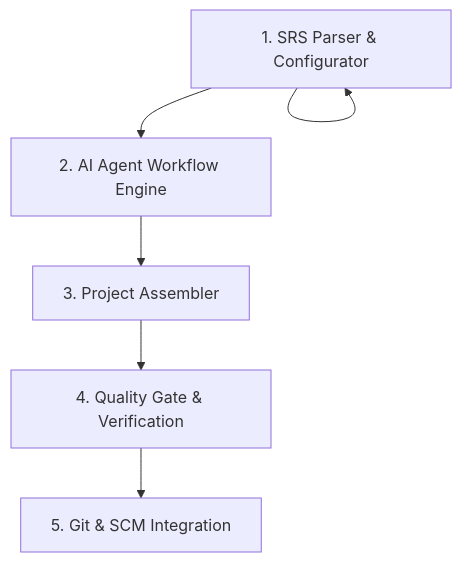
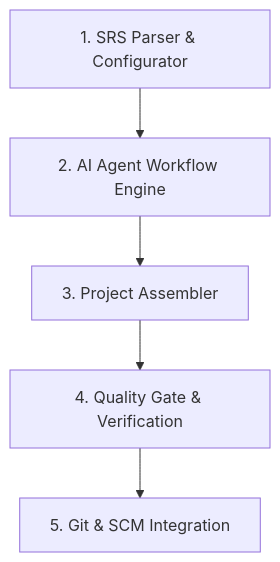
Before and after one commit to msn5566/ADKFramework: the first of 3 diagrams in AdkSdlcWorkflow_Design_Document.md, drawn with Mermaid.

````diff
--- a/AdkSdlcWorkflow_Design_Document.md
+++ b/AdkSdlcWorkflow_Design_Document.md
@@ -15,7 +15,7 @@
 ```mermaid
 graph TD
-    A --> A["1. SRS Parser & Configurator"] --> B["2. AI Agent Workflow Engine"];
+    A["1. SRS Parser & Configurator"] --> B["2. AI Agent Workflow Engine"];
     B --> C["3. Project Assembler"];
     C --> D["4. Quality Gate & Verification"];
     D --> E["5. Git & SCM Integration"];
 ```
````
